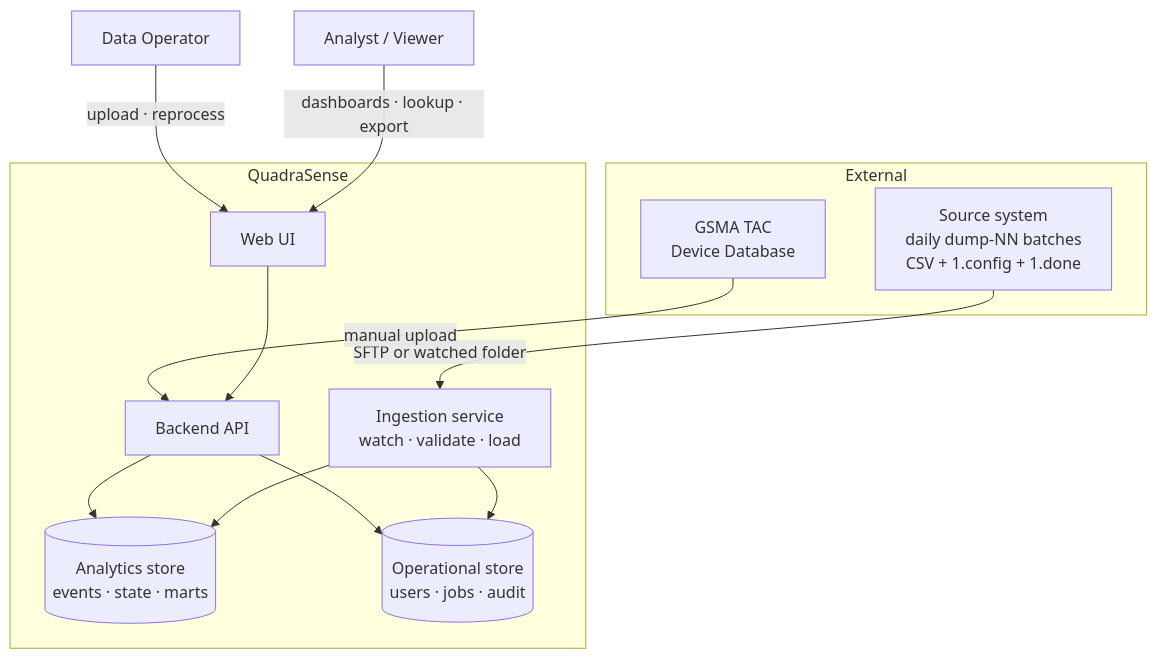
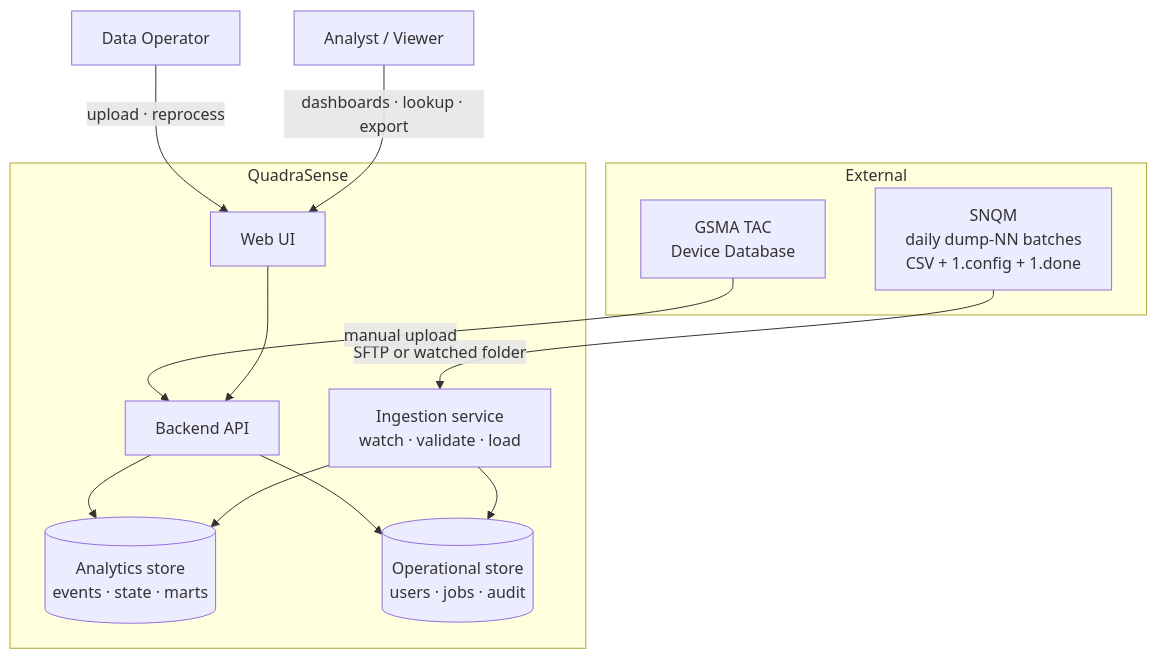
One commit to MahdiSiamaki/QuadraSense changed the first of 2 diagrams in docs/architecture/01-overview.md. Above: the diagram before and after it, drawn with Mermaid. The commit also changed other lines of this file and 5 other files, not shown here.

````diff
--- a/docs/architecture/01-overview.md
+++ b/docs/architecture/01-overview.md
@@ -63,26 +63,26 @@
 ```mermaid
 flowchart TB
     subgraph ext["External"]
-        SRC["Source system<br/>daily dump-NN batches<br/>CSV + 1.config + 1.done"]
+        SRC["SNQM<br/>daily dump-NN batches<br/>CSV + 1.config + 1.done"]
         GSMA["GSMA TAC<br/>Device Database"]
     end
     subgraph sys["QuadraSense"]
         ING["Ingestion service<br/>watch · validate · load"]
         DB[("Analytics store<br/>events · state · marts")]
         OLTP[("Operational store<br/>users · jobs · audit")]
         API["Backend API"]
         UI["Web UI"]
     end
     OPS["Data Operator"]
     AN["Analyst / Viewer"]
 
     SRC -->|SFTP or watched folder| ING
     GSMA -->|manual upload| API
     OPS -->|upload · reprocess| UI
     AN -->|dashboards · lookup · export| UI
     UI --> API
     API --> DB
     API --> OLTP
     ING --> DB
     ING --> OLTP
 ```
````
